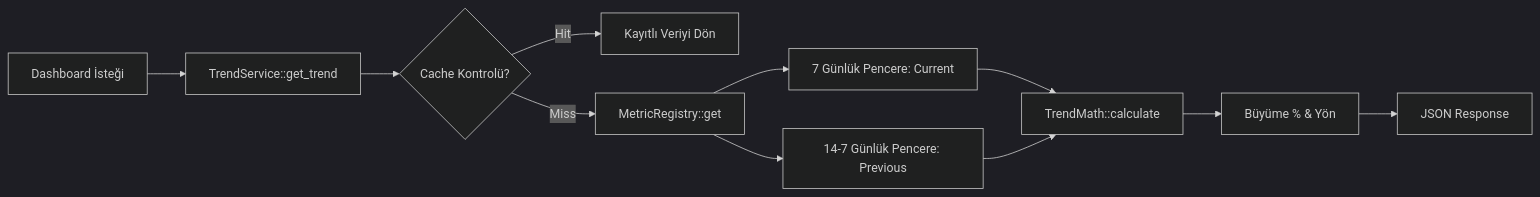
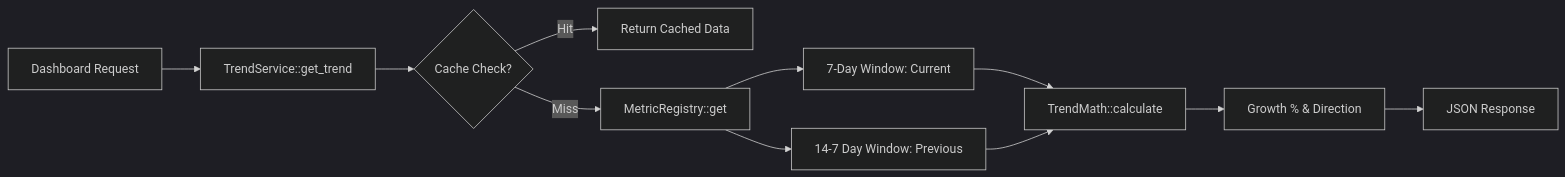
One commit to MaxHandMade/mhm-rentiva-docs changed the diagram in docs/04-developer/financial/trend-service-and-metrics.md. Above: the diagram before and after it, drawn with Mermaid (dark theme). The commit also changed other lines of this file and 347 other files, not shown here.

````diff
--- a/docs/04-developer/financial/trend-service-and-metrics.md
+++ b/docs/04-developer/financial/trend-service-and-metrics.md
@@ -31,14 +31,14 @@
 ```mermaid
 graph LR
-    A[Dashboard İsteği] --> B[TrendService::get_trend]
-    B --> C{Cache Kontrolü?}
-    C -- Hit --> D[Kayıtlı Veriyi Dön]
+    A[Dashboard Request] --> B[TrendService::get_trend]
+    B --> C{Cache Check?}
+    C -- Hit --> D[Return Cached Data]
     C -- Miss --> E[MetricRegistry::get]
     
-    E --> F[7 Günlük Pencere: Current]
-    E --> G[14-7 Günlük Pencere: Previous]
+    E --> F[7-Day Window: Current]
+    E --> G[14-7 Day Window: Previous]
     
     F & G --> H[TrendMath::calculate]
-    H --> I[Büyüme % & Yön]
+    H --> I[Growth % & Direction]
     I --> J[JSON Response]
 ```
````
